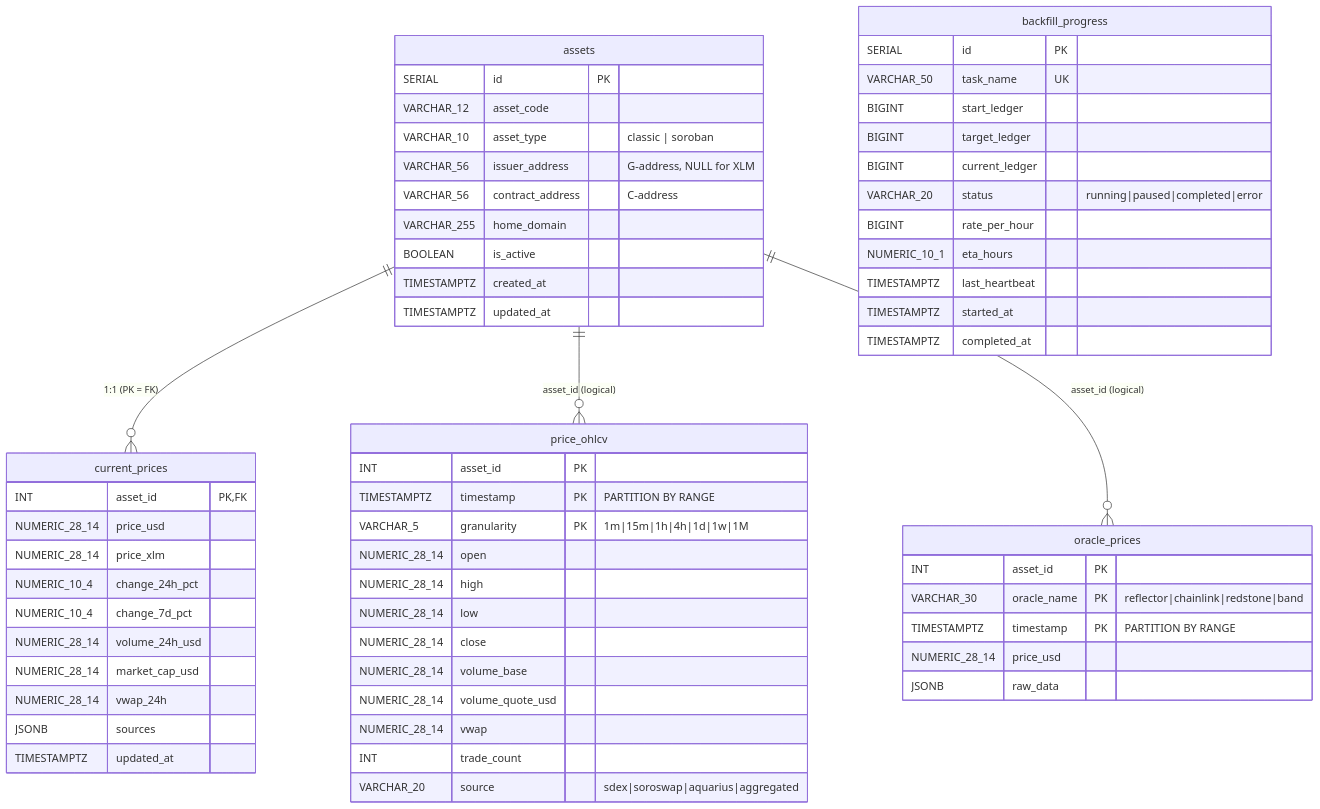
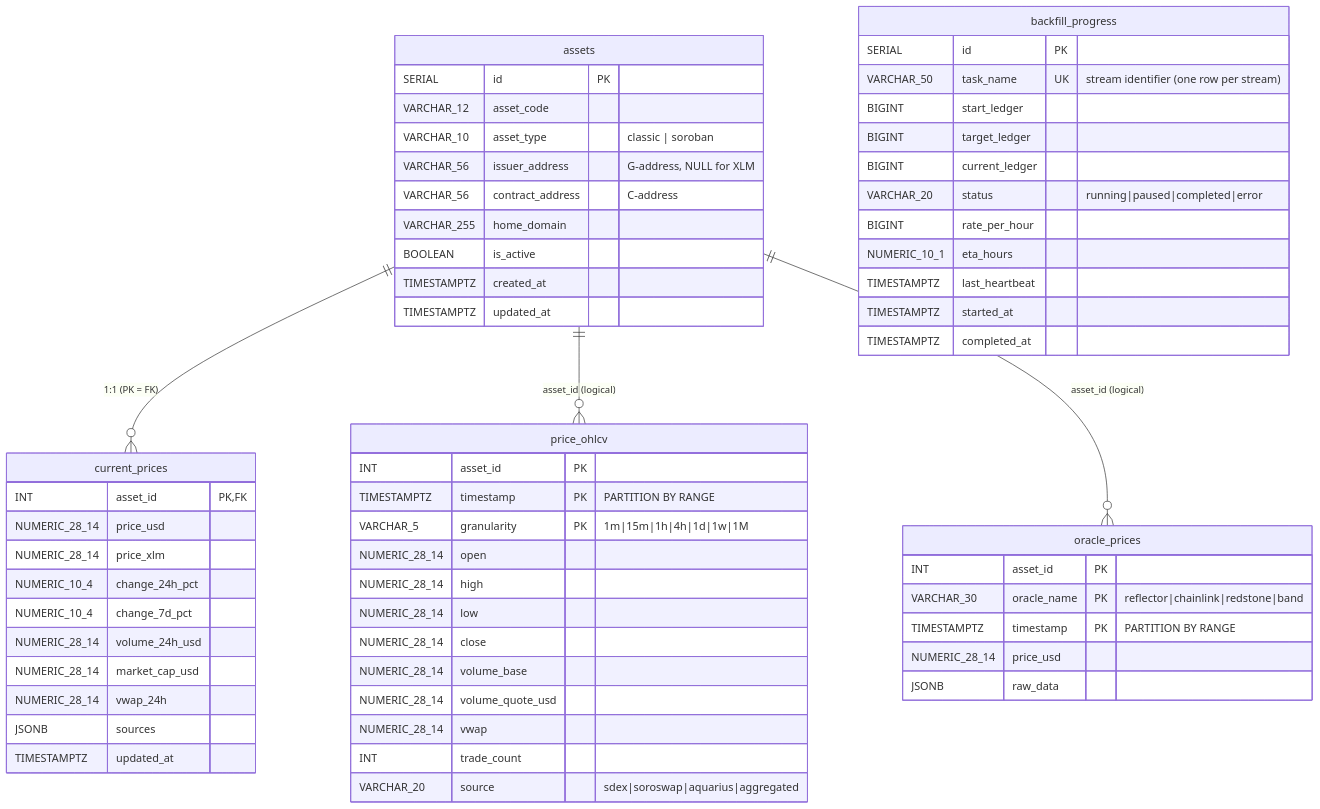
Before and after one commit to rumblefishdev/stellar-prices-api: the third of 13 diagrams in docs/database-schema/database-schema-overview.md, drawn with Mermaid. The commit also changed other lines of this file and 1 other file, not shown here.

Commit message:
chore: improve backfill_progress schema docs

````diff
--- a/docs/database-schema/database-schema-overview.md
+++ b/docs/database-schema/database-schema-overview.md
@@ -138,68 +138,68 @@
 ```mermaid
 erDiagram
     assets ||--o{ current_prices : "1:1 (PK = FK)"
     assets ||--o{ price_ohlcv    : "asset_id (logical)"
     assets ||--o{ oracle_prices  : "asset_id (logical)"
 
     assets {
         SERIAL       id PK
         VARCHAR_12   asset_code
         VARCHAR_10   asset_type "classic | soroban"
         VARCHAR_56   issuer_address "G-address, NULL for XLM"
         VARCHAR_56   contract_address "C-address"
         VARCHAR_255  home_domain
         BOOLEAN      is_active
         TIMESTAMPTZ  created_at
         TIMESTAMPTZ  updated_at
     }
 
     price_ohlcv {
         INT             asset_id PK
         TIMESTAMPTZ     timestamp PK "PARTITION BY RANGE"
         VARCHAR_5       granularity PK "1m|15m|1h|4h|1d|1w|1M"
         NUMERIC_28_14   open
         NUMERIC_28_14   high
         NUMERIC_28_14   low
         NUMERIC_28_14   close
         NUMERIC_28_14   volume_base
         NUMERIC_28_14   volume_quote_usd
         NUMERIC_28_14   vwap
         INT             trade_count
         VARCHAR_20      source "sdex|soroswap|aquarius|aggregated"
     }
 
     current_prices {
         INT             asset_id PK,FK
         NUMERIC_28_14   price_usd
         NUMERIC_28_14   price_xlm
         NUMERIC_10_4    change_24h_pct
         NUMERIC_10_4    change_7d_pct
         NUMERIC_28_14   volume_24h_usd
         NUMERIC_28_14   market_cap_usd
         NUMERIC_28_14   vwap_24h
         JSONB           sources
         TIMESTAMPTZ     updated_at
     }
 
     oracle_prices {
         INT             asset_id PK
         VARCHAR_30      oracle_name PK "reflector|chainlink|redstone|band"
         TIMESTAMPTZ     timestamp PK "PARTITION BY RANGE"
         NUMERIC_28_14   price_usd
         JSONB           raw_data
     }
 
     backfill_progress {
         SERIAL       id PK
-        VARCHAR_50   task_name UK
+        VARCHAR_50   task_name UK "stream identifier (one row per stream)"
         BIGINT       start_ledger
         BIGINT       target_ledger
         BIGINT       current_ledger
         VARCHAR_20   status "running|paused|completed|error"
         BIGINT       rate_per_hour
         NUMERIC_10_1 eta_hours
         TIMESTAMPTZ  last_heartbeat
         TIMESTAMPTZ  started_at
         TIMESTAMPTZ  completed_at
     }
 ```
````
